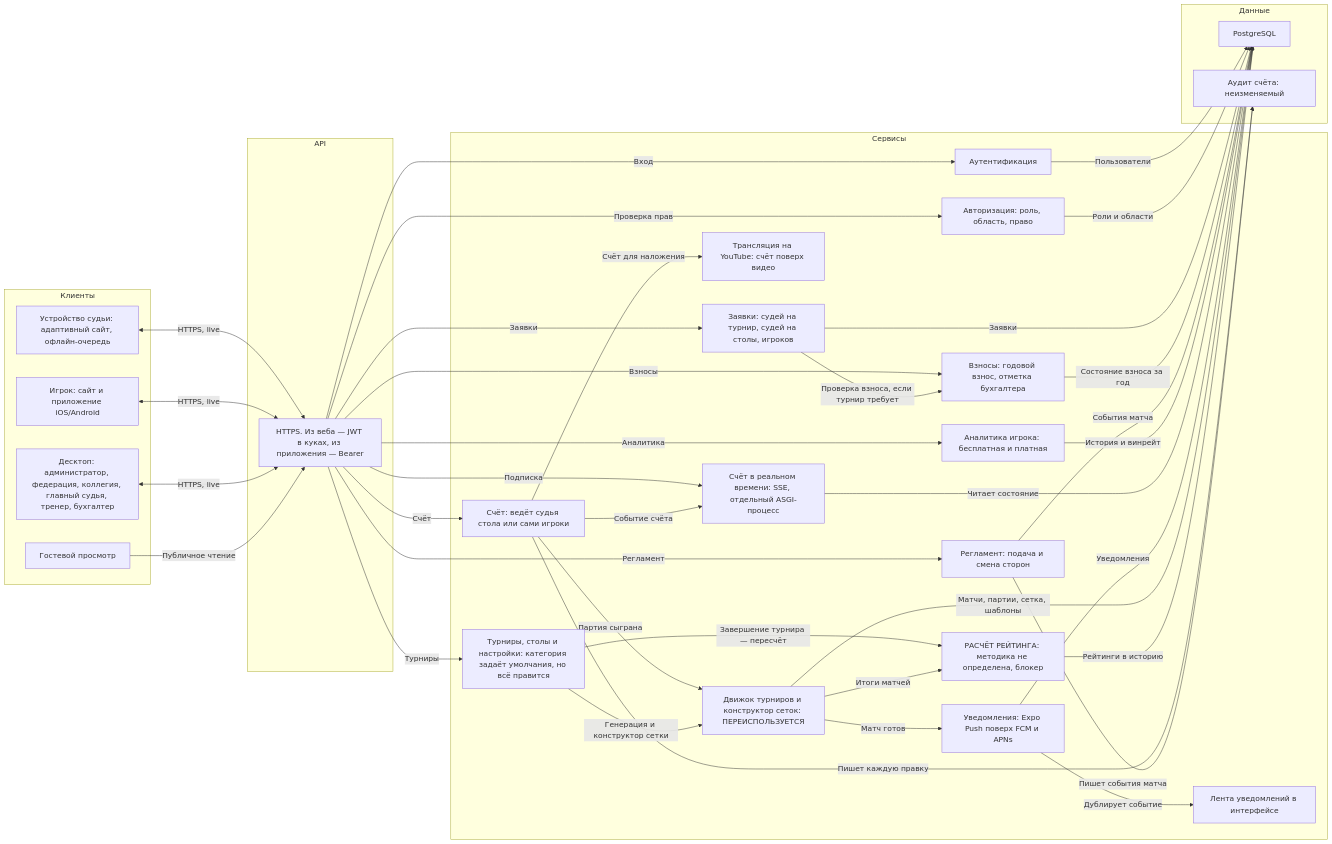
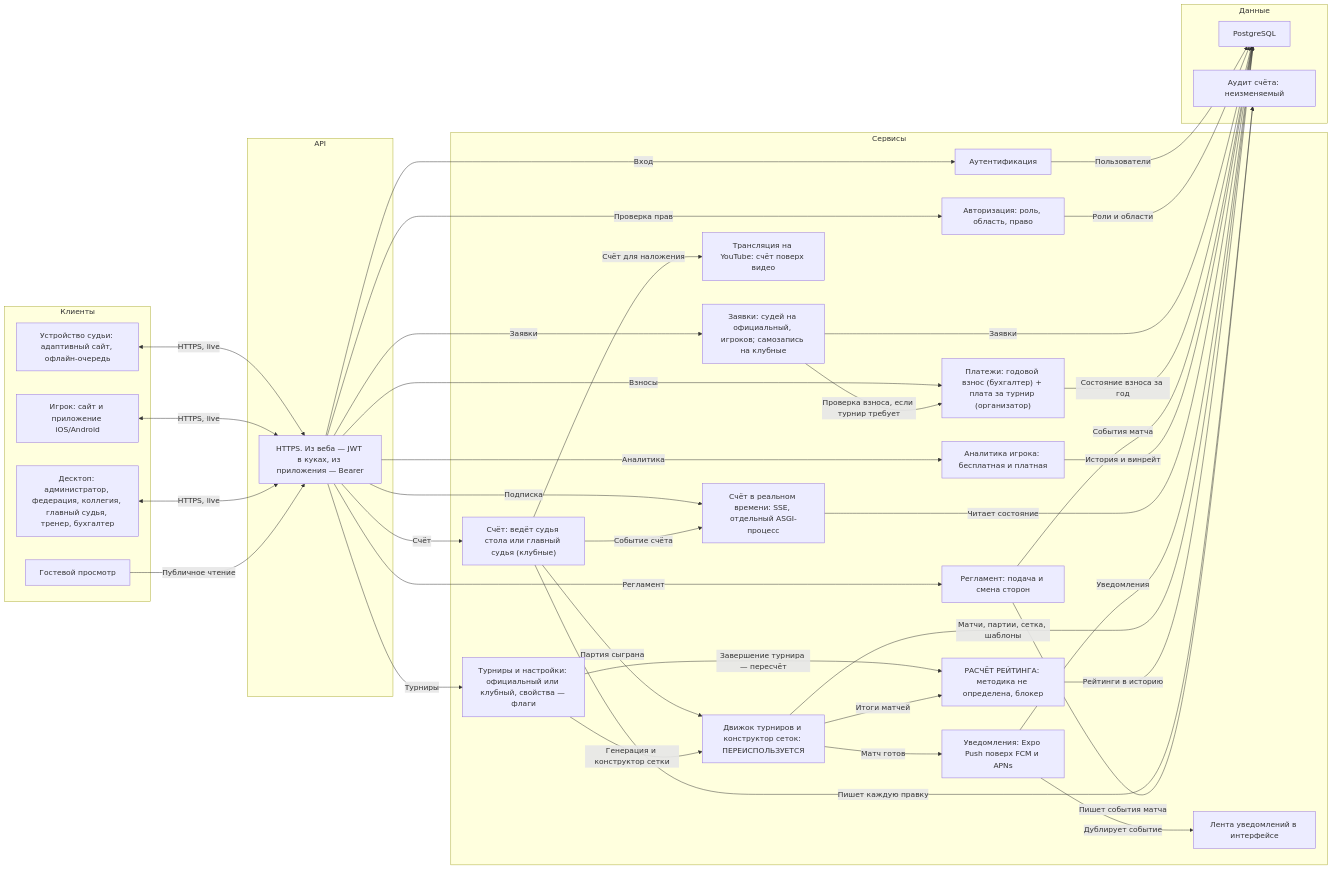
The first of 3 diagrams in ARCHITECTURE.md (AssylanAkhanuly/tt_tournament), drawn with Mermaid before and after one commit. The commit also changed other lines of this file and 15 other files, not shown here.

````diff
--- a/ARCHITECTURE.md
+++ b/ARCHITECTURE.md
@@ -37,70 +38,70 @@
 ```mermaid
 flowchart LR
     subgraph client ["Клиенты"]
         judgeTablet["Устройство судьи: адаптивный сайт, офлайн-очередь"]
         playerPhone["Игрок: сайт и приложение iOS/Android"]
         adminDesktop["Десктоп: администратор, федерация, коллегия, главный судья, тренер, бухгалтер"]
         guestWeb["Гостевой просмотр"]
     end
     subgraph gateway ["API"]
         apiGateway["HTTPS. Из веба — JWT в куках, из приложения — Bearer"]
     end
     subgraph service ["Сервисы"]
         authService["Аутентификация"]
         rbacService["Авторизация: роль, область, право"]
-        tournamentService["Турниры, столы и настройки: категория задаёт умолчания, но всё правится"]
-        applicationService["Заявки: судей на турнир, судей на столы, игроков"]
-        feeService["Взносы: годовой взнос, отметка бухгалтера"]
-        scoreService["Счёт: ведёт судья стола или сами игроки"]
+        tournamentService["Турниры и настройки: официальный или клубный, свойства — флаги"]
+        applicationService["Заявки: судей на официальный, игроков; самозапись на клубные"]
+        feeService["Платежи: годовой взнос (бухгалтер) + плата за турнир (организатор)"]
+        scoreService["Счёт: ведёт судья стола или главный судья (клубные)"]
         refereeService["Регламент: подача и смена сторон"]
         analyticsService["Аналитика игрока: бесплатная и платная"]
         liveService["Счёт в реальном времени: SSE, отдельный ASGI-процесс"]
         broadcastService["Трансляция на YouTube: счёт поверх видео"]
         notifyService["Уведомления: Expo Push поверх FCM и APNs"]
         inboxFeed["Лента уведомлений в интерфейсе"]
         engine["Движок турниров и конструктор сеток: ПЕРЕИСПОЛЬЗУЕТСЯ"]
         ratingService["РАСЧЁТ РЕЙТИНГА: методика не определена, блокер"]
     end
     subgraph datastore ["Данные"]
         postgres["PostgreSQL"]
         auditLog["Аудит счёта: неизменяемый"]
     end
 
     judgeTablet <-->|"HTTPS, live"| apiGateway
     playerPhone <-->|"HTTPS, live"| apiGateway
     adminDesktop <-->|"HTTPS, live"| apiGateway
     guestWeb -->|"Публичное чтение"| apiGateway
 
     apiGateway -->|"Вход"| authService
     apiGateway -->|"Проверка прав"| rbacService
     apiGateway -->|"Турниры"| tournamentService
     apiGateway -->|"Заявки"| applicationService
     apiGateway -->|"Взносы"| feeService
     applicationService -->|"Проверка взноса, если турнир требует"| feeService
     apiGateway -->|"Счёт"| scoreService
     apiGateway -->|"Регламент"| refereeService
     apiGateway -->|"Аналитика"| analyticsService
     apiGateway -->|"Подписка"| liveService
 
     scoreService -->|"Партия сыграна"| engine
     scoreService -->|"Пишет каждую правку"| auditLog
     scoreService -->|"Событие счёта"| liveService
     scoreService -->|"Счёт для наложения"| broadcastService
     refereeService -->|"Пишет события матча"| auditLog
     tournamentService -->|"Генерация и конструктор сетки"| engine
     tournamentService -->|"Завершение турнира — пересчёт"| ratingService
     engine -->|"Итоги матчей"| ratingService
     engine -->|"Матч готов"| notifyService
     notifyService -->|"Дублирует событие"| inboxFeed
 
     authService -->|"Пользователи"| postgres
     rbacService -->|"Роли и области"| postgres
     applicationService -->|"Заявки"| postgres
     feeService -->|"Состояние взноса за год"| postgres
     refereeService -->|"События матча"| postgres
     analyticsService -->|"История и винрейт"| postgres
     liveService -->|"Читает состояние"| postgres
     notifyService -->|"Уведомления"| postgres
     engine -->|"Матчи, партии, сетка, шаблоны"| postgres
     ratingService -->|"Рейтинги в историю"| postgres
 ```
````
